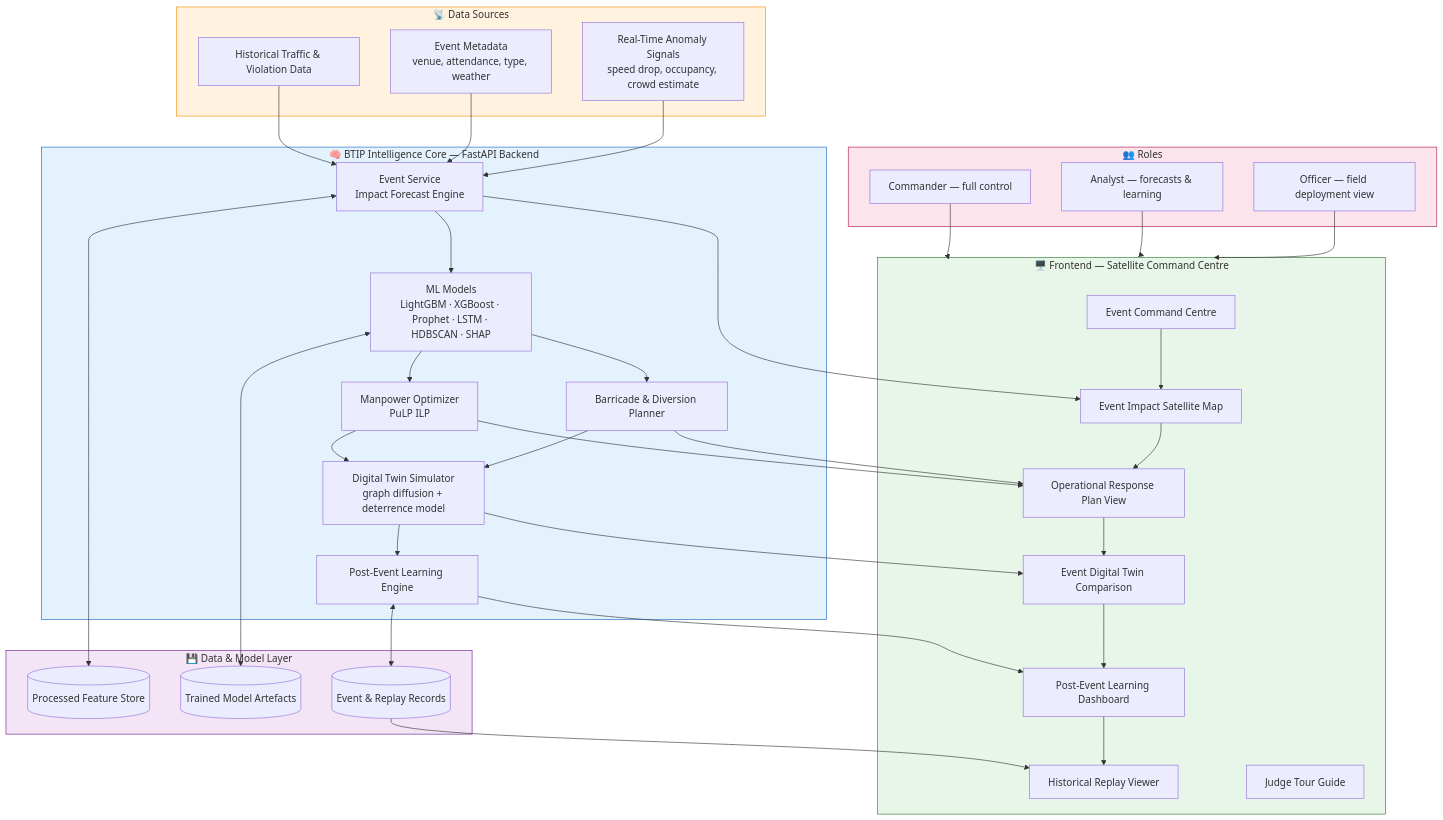
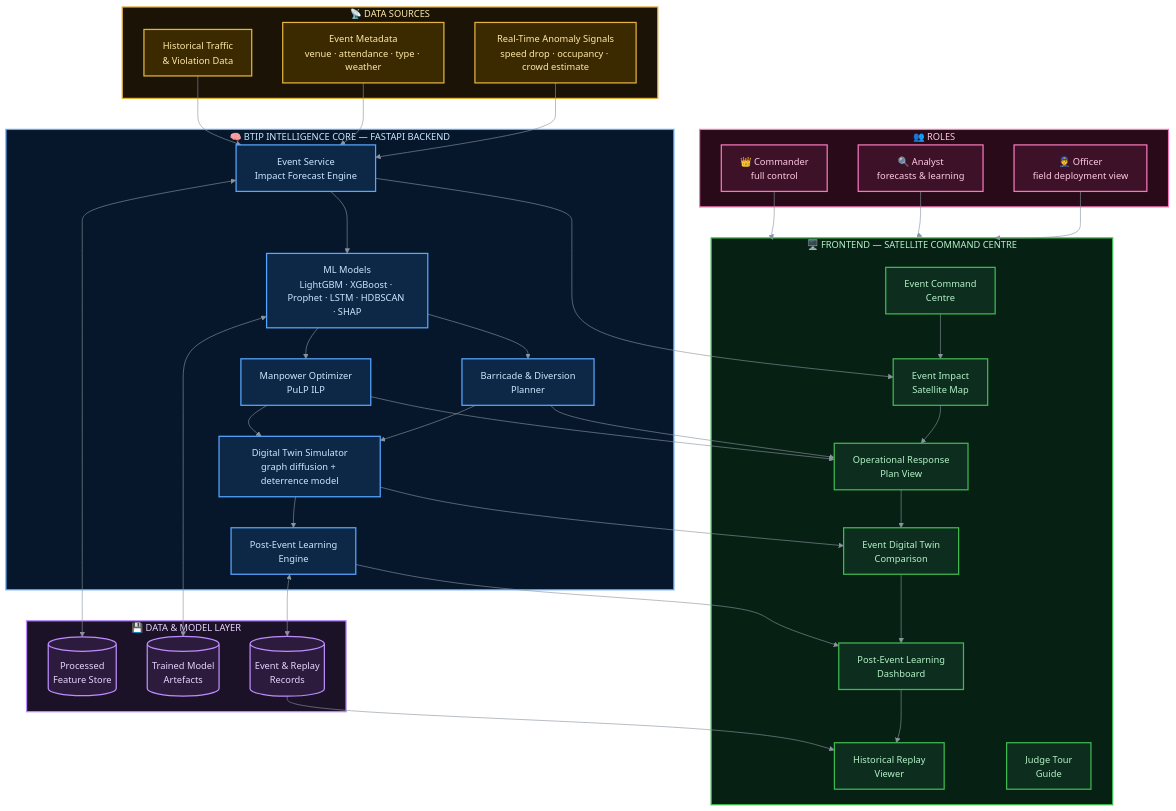
The diagram in BTIP_EventDriven_Congestion_FullStack_JudgeTour/README.md (shreyanshu2005/Gridlock_HACKEARTH), drawn with Mermaid before and after one commit. The commit also changed other lines of this file, not shown here.

Commit message:
Updated Architecture

````diff
--- a/BTIP_EventDriven_Congestion_FullStack_JudgeTour/README.md
+++ b/BTIP_EventDriven_Congestion_FullStack_JudgeTour/README.md
@@ -183,40 +183,50 @@
 ```mermaid
+%%{init: {'theme':'base', 'themeVariables': {
+  'background':'#0d1117',
+  'primaryColor':'#161b22',
+  'primaryTextColor':'#f0f6fc',
+  'primaryBorderColor':'#58a6ff',
+  'lineColor':'#8b949e',
+  'secondaryColor':'#161b22',
+  'tertiaryColor':'#161b22',
+  'fontSize':'15px'
+}}}%%
 flowchart TB
-    subgraph SRC["📡 Data Sources"]
-        A1[Historical Traffic & Violation Data]
-        A2[Event Metadata<br/>venue, attendance, type, weather]
-        A3[Real-Time Anomaly Signals<br/>speed drop, occupancy, crowd estimate]
+    subgraph SRC["📡 DATA SOURCES"]
+        A1["Historical Traffic<br/>& Violation Data"]
+        A2["Event Metadata<br/>venue · attendance · type · weather"]
+        A3["Real-Time Anomaly Signals<br/>speed drop · occupancy · crowd estimate"]
     end
 
-    subgraph CORE["🧠 BTIP Intelligence Core — FastAPI Backend"]
-        B1[Event Service<br/>Impact Forecast Engine]
-        B2[ML Models<br/>LightGBM · XGBoost · Prophet · LSTM · HDBSCAN · SHAP]
-        B3[Manpower Optimizer<br/>PuLP ILP]
-        B4[Barricade & Diversion Planner]
-        B5[Digital Twin Simulator<br/>graph diffusion + deterrence model]
-        B6[Post-Event Learning Engine]
+    subgraph CORE["🧠 BTIP INTELLIGENCE CORE — FASTAPI BACKEND"]
+        B1["Event Service<br/>Impact Forecast Engine"]
+        B2["ML Models<br/>LightGBM · XGBoost · Prophet · LSTM · HDBSCAN · SHAP"]
+        B3["Manpower Optimizer<br/>PuLP ILP"]
+        B4["Barricade & Diversion<br/>Planner"]
+        B5["Digital Twin Simulator<br/>graph diffusion + deterrence model"]
+        B6["Post-Event Learning<br/>Engine"]
     end
 
-    subgraph STORE["💾 Data & Model Layer"]
-        C1[(Processed Feature Store)]
-        C2[(Trained Model Artefacts)]
-        C3[(Event & Replay Records)]
+    subgraph STORE["💾 DATA & MODEL LAYER"]
+        C1[("Processed<br/>Feature Store")]
+        C2[("Trained Model<br/>Artefacts")]
+        C3[("Event & Replay<br/>Records")]
     end
 
-    subgraph UI["🖥️ Frontend — Satellite Command Centre"]
-        D1[Event Command Centre]
-        D2[Event Impact Satellite Map]
-        D3[Operational Response Plan View]
-        D4[Event Digital Twin Comparison]
-        D5[Post-Event Learning Dashboard]
-        D6[Historical Replay Viewer]
-        D7[Judge Tour Guide]
+    subgraph UI["🖥️ FRONTEND — SATELLITE COMMAND CENTRE"]
+        D1["Event Command<br/>Centre"]
+        D2["Event Impact<br/>Satellite Map"]
+        D3["Operational Response<br/>Plan View"]
+        D4["Event Digital Twin<br/>Comparison"]
+        D5["Post-Event Learning<br/>Dashboard"]
+        D6["Historical Replay<br/>Viewer"]
+        D7["Judge Tour<br/>Guide"]
     end
 
-    subgraph USERS["👥 Roles"]
-        E1[Commander — full control]
-        E2[Analyst — forecasts & learning]
-        E3[Officer — field deployment view]
+    subgraph USERS["👥 ROLES"]
+        E1["👑 Commander<br/>full control"]
+        E2["🔍 Analyst<br/>forecasts & learning"]
+        E3["👮 Officer<br/>field deployment view"]
     end
 
     A1 --> B1
@@ -244,9 +254,21 @@
     E2 --> UI
     E3 --> UI
 
-    style SRC fill:#fff3e0,stroke:#fb8c00
-    style CORE fill:#e3f2fd,stroke:#1565c0
-    style STORE fill:#f3e5f5,stroke:#6a1b9a
-    style UI fill:#e8f5e9,stroke:#2e7d32
-    style USERS fill:#fce4ec,stroke:#ad1457
+    classDef srcNode fill:#3b2a00,stroke:#e3b341,stroke-width:2px,color:#ffe9a8
+    classDef coreNode fill:#0d2847,stroke:#58a6ff,stroke-width:2px,color:#cae8ff
+    classDef storeNode fill:#2d1b3d,stroke:#bc8cff,stroke-width:2px,color:#e9d5ff
+    classDef uiNode fill:#0d2e1f,stroke:#3fb950,stroke-width:2px,color:#b6f2c8
+    classDef usersNode fill:#3d1228,stroke:#f778ba,stroke-width:2px,color:#ffc9e3
+
+    class A1,A2,A3 srcNode
+    class B1,B2,B3,B4,B5,B6 coreNode
+    class C1,C2,C3 storeNode
+    class D1,D2,D3,D4,D5,D6,D7 uiNode
+    class E1,E2,E3 usersNode
+
+    style SRC fill:#1a1306,stroke:#e3b341,stroke-width:2px,color:#ffe9a8
+    style CORE fill:#06162b,stroke:#58a6ff,stroke-width:2px,color:#cae8ff
+    style STORE fill:#1c1227,stroke:#bc8cff,stroke-width:2px,color:#e9d5ff
+    style UI fill:#062014,stroke:#3fb950,stroke-width:2px,color:#b6f2c8
+    style USERS fill:#280a18,stroke:#f778ba,stroke-width:2px,color:#ffc9e3
 ```
````
